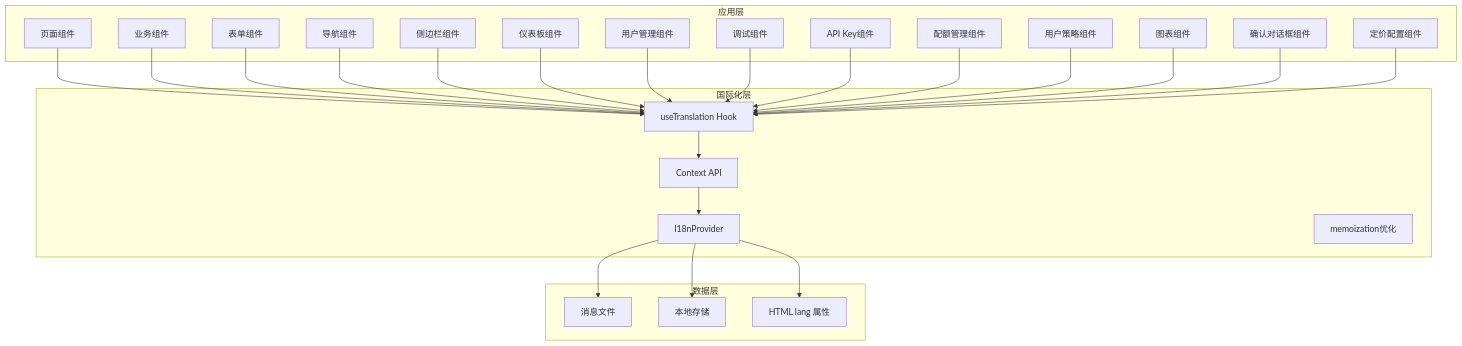
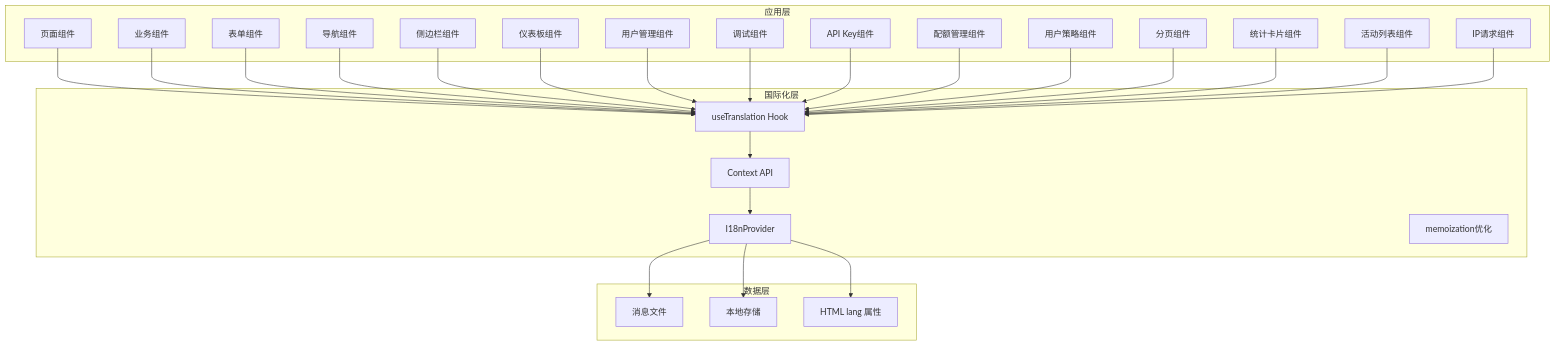
The second of 6 diagrams in .qoder/repowiki/zh/content/开发指南/国际化系统.md (RadiumAg/AIGate), drawn with Mermaid before and after one commit. The commit also changed other lines of this file and 15 other files, not shown here.

````diff
--- a/.qoder/repowiki/zh/content/开发指南/国际化系统.md
+++ b/.qoder/repowiki/zh/content/开发指南/国际化系统.md
@@ -203,49 +200,51 @@
 ```mermaid
 graph TD
 subgraph "应用层"
 A[页面组件]
 B[业务组件]
 C[表单组件]
 D[导航组件]
 E[侧边栏组件]
 F[仪表板组件]
 G[用户管理组件]
 H[调试组件]
 I[API Key组件]
 J[配额管理组件]
 K[用户策略组件]
-L[图表组件]
-M[确认对话框组件]
-N[定价配置组件]
+L[分页组件]
+M[统计卡片组件]
+N[活动列表组件]
+O[IP请求组件]
 end
 subgraph "国际化层"
-O[I18nProvider]
-P[useTranslation Hook]
-Q[Context API]
-R[memoization优化]
+P[I18nProvider]
+Q[useTranslation Hook]
+R[Context API]
+S[memoization优化]
 end
 subgraph "数据层"
-S[消息文件]
-T[本地存储]
-U[HTML lang 属性]
+T[消息文件]
+U[本地存储]
+V[HTML lang 属性]
 end
-A --> P
-B --> P
-C --> P
-D --> P
-E --> P
-F --> P
-G --> P
-H --> P
-I --> P
-J --> P
-K --> P
-L --> P
-M --> P
-N --> P
-P --> Q
-Q --> O
-O --> S
-O --> T
-O --> U
+A --> Q
+B --> Q
+C --> Q
+D --> Q
+E --> Q
+F --> Q
+G --> Q
+H --> Q
+I --> Q
+J --> Q
+K --> Q
+L --> Q
+M --> Q
+N --> Q
+O --> Q
+Q --> R
+R --> P
+P --> T
+P --> U
+P --> V
 ```
````
